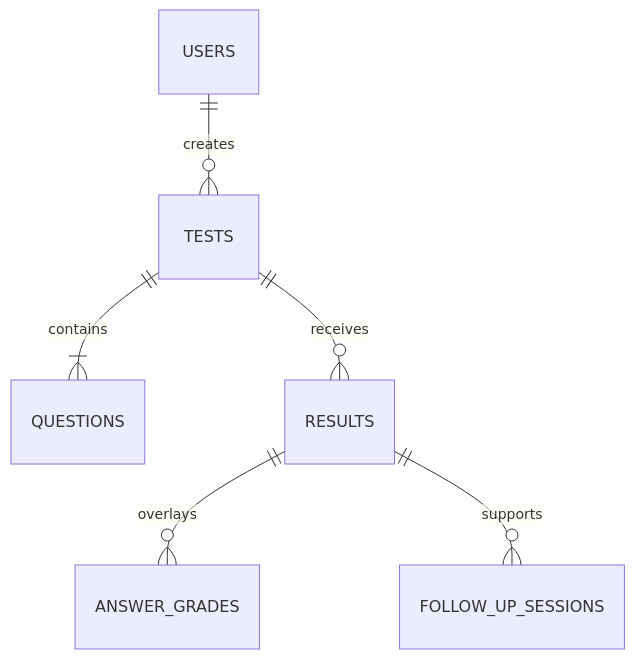
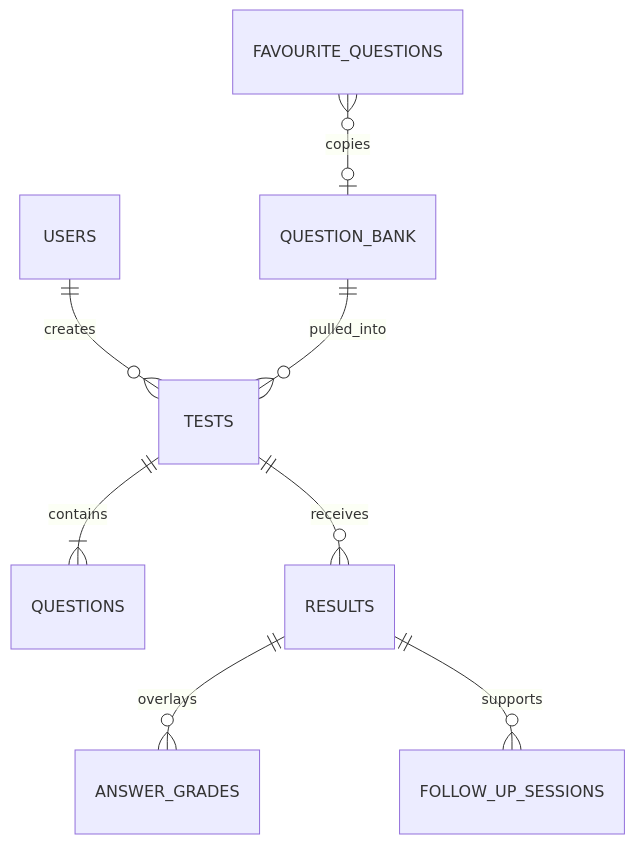
One commit to DatTran26/ITBA_PRO changed the diagram in docs/_reverse/assessment-and-grading/erd.md. Above: the diagram before and after it, drawn with Mermaid. The commit also changed other lines of this file and 15 other files, not shown here.

First line of the commit message:
docs(schema): align inventory with live supabase

````diff
--- a/docs/_reverse/assessment-and-grading/erd.md
+++ b/docs/_reverse/assessment-and-grading/erd.md
@@ -3,8 +3,10 @@
 ```mermaid
 erDiagram
     USERS ||--o{ TESTS : creates
     TESTS ||--|{ QUESTIONS : contains
     TESTS ||--o{ RESULTS : receives
     RESULTS ||--o{ ANSWER_GRADES : overlays
     RESULTS ||--o{ FOLLOW_UP_SESSIONS : supports
+    QUESTION_BANK ||--o{ TESTS : pulled_into
+    FAVOURITE_QUESTIONS }o--o| QUESTION_BANK : copies
 ```
````
